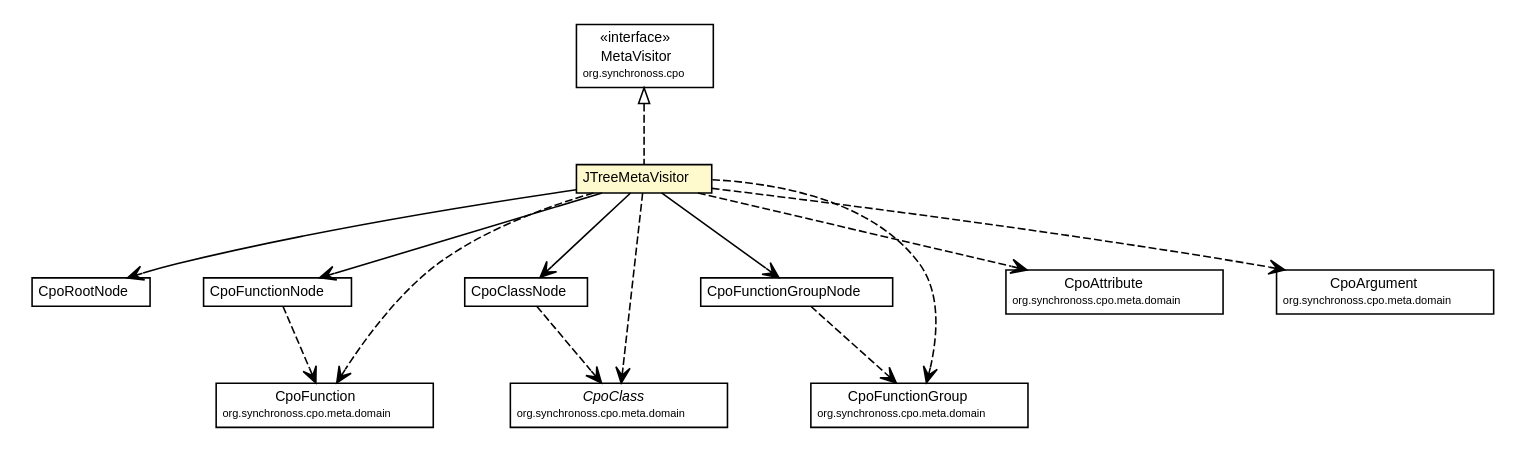
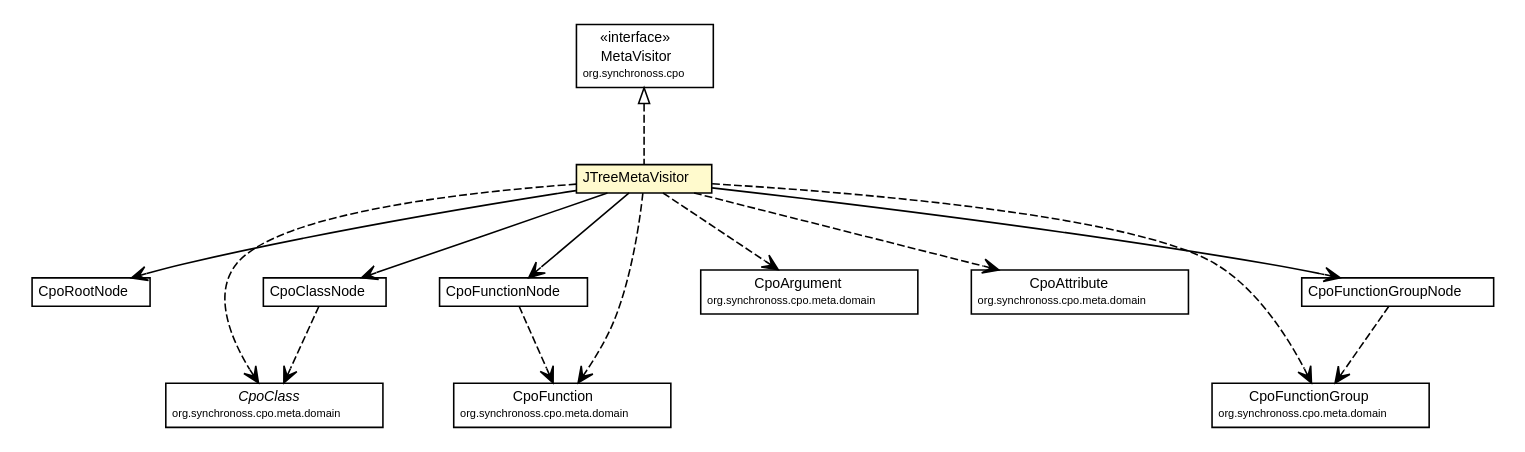
Before and after one commit to synchronoss/cpo-util: the diagram in site/apidocs/org/synchronoss/cpo/util/JTreeMetaVisitor.dot, drawn with Graphviz. The commit also changed 283 other files, not shown here.

Commit message:
Creating site for cpoUtil, 5.1.1-SNAPSHOT

```diff
--- a/site/apidocs/org/synchronoss/cpo/util/JTreeMetaVisitor.dot
+++ b/site/apidocs/org/synchronoss/cpo/util/JTreeMetaVisitor.dot
@@ -1,109 +1,109 @@
 #!/usr/local/bin/dot
 #
 # Class diagram 
 # Generated by UmlGraph version 4.6 (http://www.spinellis.gr/sw/umlgraph)
 #
 
 digraph G {
 	edge [fontname="Helvetica",fontsize=10,labelfontname="Helvetica",labelfontsize=10];
 	node [fontname="Helvetica",fontsize=10,shape=plaintext];
 	// org.synchronoss.cpo.util.JTreeMetaVisitor
 	c1707 [label=<<table border="0" cellborder="1" cellspacing="0" cellpadding="2" port="p" bgcolor="lemonChiffon" href="./JTreeMetaVisitor.html">
 		<tr><td><table border="0" cellspacing="0" cellpadding="1">
 			<tr><td> JTreeMetaVisitor </td></tr>
 		</table></td></tr>
 		</table>>, fontname="Helvetica", fontcolor="black", fontsize=9.0];
 	// org.synchronoss.cpo.util.CpoRootNode
 	c1715 [label=<<table border="0" cellborder="1" cellspacing="0" cellpadding="2" port="p" href="./CpoRootNode.html">
 		<tr><td><table border="0" cellspacing="0" cellpadding="1">
 			<tr><td> CpoRootNode </td></tr>
 		</table></td></tr>
 		</table>>, fontname="Helvetica", fontcolor="black", fontsize=9.0];
 	// org.synchronoss.cpo.util.CpoFunctionNode
 	c1721 [label=<<table border="0" cellborder="1" cellspacing="0" cellpadding="2" port="p" href="./CpoFunctionNode.html">
 		<tr><td><table border="0" cellspacing="0" cellpadding="1">
 			<tr><td> CpoFunctionNode </td></tr>
 		</table></td></tr>
 		</table>>, fontname="Helvetica", fontcolor="black", fontsize=9.0];
 	// org.synchronoss.cpo.util.CpoClassNode
 	c1723 [label=<<table border="0" cellborder="1" cellspacing="0" cellpadding="2" port="p" href="./CpoClassNode.html">
 		<tr><td><table border="0" cellspacing="0" cellpadding="1">
 			<tr><td> CpoClassNode </td></tr>
 		</table></td></tr>
 		</table>>, fontname="Helvetica", fontcolor="black", fontsize=9.0];
 	// org.synchronoss.cpo.util.CpoFunctionGroupNode
 	c1728 [label=<<table border="0" cellborder="1" cellspacing="0" cellpadding="2" port="p" href="./CpoFunctionGroupNode.html">
 		<tr><td><table border="0" cellspacing="0" cellpadding="1">
 			<tr><td> CpoFunctionGroupNode </td></tr>
 		</table></td></tr>
 		</table>>, fontname="Helvetica", fontcolor="black", fontsize=9.0];
 	//org.synchronoss.cpo.util.JTreeMetaVisitor implements org.synchronoss.cpo.MetaVisitor
 	c1764:p -> c1707:p [dir=back,arrowtail=empty,style=dashed];
 	// org.synchronoss.cpo.util.JTreeMetaVisitor NAVASSOC org.synchronoss.cpo.util.CpoRootNode
 	c1707:p -> c1715:p [taillabel="", label="", headlabel="", fontname="Helvetica", fontcolor="black", fontsize=10.0, color="black", arrowhead=open];
 	// org.synchronoss.cpo.util.JTreeMetaVisitor NAVASSOC org.synchronoss.cpo.util.CpoClassNode
 	c1707:p -> c1723:p [taillabel="", label="", headlabel="", fontname="Helvetica", fontcolor="black", fontsize=10.0, color="black", arrowhead=open];
 	// org.synchronoss.cpo.util.JTreeMetaVisitor NAVASSOC org.synchronoss.cpo.util.CpoFunctionGroupNode
 	c1707:p -> c1728:p [taillabel="", label="", headlabel="", fontname="Helvetica", fontcolor="black", fontsize=10.0, color="black", arrowhead=open];
 	// org.synchronoss.cpo.util.JTreeMetaVisitor NAVASSOC org.synchronoss.cpo.util.CpoFunctionNode
 	c1707:p -> c1721:p [taillabel="", label="", headlabel="", fontname="Helvetica", fontcolor="black", fontsize=10.0, color="black", arrowhead=open];
+	// org.synchronoss.cpo.util.JTreeMetaVisitor DEPEND org.synchronoss.cpo.meta.domain.CpoClass
+	c1707:p -> c1765:p [taillabel="", label="", headlabel="", fontname="Helvetica", fontcolor="black", fontsize=10.0, color="black", arrowhead=open, style=dashed];
+	// org.synchronoss.cpo.util.JTreeMetaVisitor DEPEND org.synchronoss.cpo.meta.domain.CpoArgument
+	c1707:p -> c1766:p [taillabel="", label="", headlabel="", fontname="Helvetica", fontcolor="black", fontsize=10.0, color="black", arrowhead=open, style=dashed];
+	// org.synchronoss.cpo.util.JTreeMetaVisitor DEPEND org.synchronoss.cpo.meta.domain.CpoAttribute
+	c1707:p -> c1767:p [taillabel="", label="", headlabel="", fontname="Helvetica", fontcolor="black", fontsize=10.0, color="black", arrowhead=open, style=dashed];
 	// org.synchronoss.cpo.util.JTreeMetaVisitor DEPEND org.synchronoss.cpo.meta.domain.CpoFunction
-	c1707:p -> c1765:p [taillabel="", label="", headlabel="", fontname="Helvetica", fontcolor="black", fontsize=10.0, color="black", arrowhead=open, style=dashed];
-	// org.synchronoss.cpo.util.JTreeMetaVisitor DEPEND org.synchronoss.cpo.meta.domain.CpoClass
-	c1707:p -> c1766:p [taillabel="", label="", headlabel="", fontname="Helvetica", fontcolor="black", fontsize=10.0, color="black", arrowhead=open, style=dashed];
+	c1707:p -> c1768:p [taillabel="", label="", headlabel="", fontname="Helvetica", fontcolor="black", fontsize=10.0, color="black", arrowhead=open, style=dashed];
 	// org.synchronoss.cpo.util.JTreeMetaVisitor DEPEND org.synchronoss.cpo.meta.domain.CpoFunctionGroup
-	c1707:p -> c1768:p [taillabel="", label="", headlabel="", fontname="Helvetica", fontcolor="black", fontsize=10.0, color="black", arrowhead=open, style=dashed];
-	// org.synchronoss.cpo.util.JTreeMetaVisitor DEPEND org.synchronoss.cpo.meta.domain.CpoAttribute
-	c1707:p -> c1769:p [taillabel="", label="", headlabel="", fontname="Helvetica", fontcolor="black", fontsize=10.0, color="black", arrowhead=open, style=dashed];
-	// org.synchronoss.cpo.util.JTreeMetaVisitor DEPEND org.synchronoss.cpo.meta.domain.CpoArgument
 	c1707:p -> c1770:p [taillabel="", label="", headlabel="", fontname="Helvetica", fontcolor="black", fontsize=10.0, color="black", arrowhead=open, style=dashed];
 	// org.synchronoss.cpo.util.CpoFunctionNode DEPEND org.synchronoss.cpo.meta.domain.CpoFunction
-	c1721:p -> c1765:p [taillabel="", label="", headlabel="", fontname="Helvetica", fontcolor="black", fontsize=10.0, color="black", arrowhead=open, style=dashed];
+	c1721:p -> c1768:p [taillabel="", label="", headlabel="", fontname="Helvetica", fontcolor="black", fontsize=10.0, color="black", arrowhead=open, style=dashed];
 	// org.synchronoss.cpo.util.CpoClassNode DEPEND org.synchronoss.cpo.meta.domain.CpoClass
-	c1723:p -> c1766:p [taillabel="", label="", headlabel="", fontname="Helvetica", fontcolor="black", fontsize=10.0, color="black", arrowhead=open, style=dashed];
+	c1723:p -> c1765:p [taillabel="", label="", headlabel="", fontname="Helvetica", fontcolor="black", fontsize=10.0, color="black", arrowhead=open, style=dashed];
 	// org.synchronoss.cpo.util.CpoFunctionGroupNode DEPEND org.synchronoss.cpo.meta.domain.CpoFunctionGroup
-	c1728:p -> c1768:p [taillabel="", label="", headlabel="", fontname="Helvetica", fontcolor="black", fontsize=10.0, color="black", arrowhead=open, style=dashed];
+	c1728:p -> c1770:p [taillabel="", label="", headlabel="", fontname="Helvetica", fontcolor="black", fontsize=10.0, color="black", arrowhead=open, style=dashed];
 	// org.synchronoss.cpo.meta.domain.CpoClass
-	c1766 [label=<<table border="0" cellborder="1" cellspacing="0" cellpadding="2" port="p" href="http://java.sun.com/j2se/1.4.2/docs/api/org/synchronoss/cpo/meta/domain/CpoClass.html">
+	c1765 [label=<<table border="0" cellborder="1" cellspacing="0" cellpadding="2" port="p" href="http://java.sun.com/j2se/1.4.2/docs/api/org/synchronoss/cpo/meta/domain/CpoClass.html">
 		<tr><td><table border="0" cellspacing="0" cellpadding="1">
 			<tr><td><font face="Helvetica-Oblique"> CpoClass </font></td></tr>
 			<tr><td><font point-size="7.0"> org.synchronoss.cpo.meta.domain </font></td></tr>
 		</table></td></tr>
 		</table>>, fontname="Helvetica", fontcolor="black", fontsize=9.0];
 	// org.synchronoss.cpo.meta.domain.CpoArgument
-	c1770 [label=<<table border="0" cellborder="1" cellspacing="0" cellpadding="2" port="p" href="http://java.sun.com/j2se/1.4.2/docs/api/org/synchronoss/cpo/meta/domain/CpoArgument.html">
+	c1766 [label=<<table border="0" cellborder="1" cellspacing="0" cellpadding="2" port="p" href="http://java.sun.com/j2se/1.4.2/docs/api/org/synchronoss/cpo/meta/domain/CpoArgument.html">
 		<tr><td><table border="0" cellspacing="0" cellpadding="1">
 			<tr><td> CpoArgument </td></tr>
 			<tr><td><font point-size="7.0"> org.synchronoss.cpo.meta.domain </font></td></tr>
 		</table></td></tr>
 		</table>>, fontname="Helvetica", fontcolor="black", fontsize=9.0];
 	// org.synchronoss.cpo.meta.domain.CpoAttribute
-	c1769 [label=<<table border="0" cellborder="1" cellspacing="0" cellpadding="2" port="p" href="http://java.sun.com/j2se/1.4.2/docs/api/org/synchronoss/cpo/meta/domain/CpoAttribute.html">
+	c1767 [label=<<table border="0" cellborder="1" cellspacing="0" cellpadding="2" port="p" href="http://java.sun.com/j2se/1.4.2/docs/api/org/synchronoss/cpo/meta/domain/CpoAttribute.html">
 		<tr><td><table border="0" cellspacing="0" cellpadding="1">
 			<tr><td> CpoAttribute </td></tr>
 			<tr><td><font point-size="7.0"> org.synchronoss.cpo.meta.domain </font></td></tr>
 		</table></td></tr>
 		</table>>, fontname="Helvetica", fontcolor="black", fontsize=9.0];
 	// org.synchronoss.cpo.meta.domain.CpoFunction
-	c1765 [label=<<table border="0" cellborder="1" cellspacing="0" cellpadding="2" port="p" href="http://java.sun.com/j2se/1.4.2/docs/api/org/synchronoss/cpo/meta/domain/CpoFunction.html">
+	c1768 [label=<<table border="0" cellborder="1" cellspacing="0" cellpadding="2" port="p" href="http://java.sun.com/j2se/1.4.2/docs/api/org/synchronoss/cpo/meta/domain/CpoFunction.html">
 		<tr><td><table border="0" cellspacing="0" cellpadding="1">
 			<tr><td> CpoFunction </td></tr>
 			<tr><td><font point-size="7.0"> org.synchronoss.cpo.meta.domain </font></td></tr>
 		</table></td></tr>
 		</table>>, fontname="Helvetica", fontcolor="black", fontsize=9.0];
 	// org.synchronoss.cpo.meta.domain.CpoFunctionGroup
-	c1768 [label=<<table border="0" cellborder="1" cellspacing="0" cellpadding="2" port="p" href="http://java.sun.com/j2se/1.4.2/docs/api/org/synchronoss/cpo/meta/domain/CpoFunctionGroup.html">
+	c1770 [label=<<table border="0" cellborder="1" cellspacing="0" cellpadding="2" port="p" href="http://java.sun.com/j2se/1.4.2/docs/api/org/synchronoss/cpo/meta/domain/CpoFunctionGroup.html">
 		<tr><td><table border="0" cellspacing="0" cellpadding="1">
 			<tr><td> CpoFunctionGroup </td></tr>
 			<tr><td><font point-size="7.0"> org.synchronoss.cpo.meta.domain </font></td></tr>
 		</table></td></tr>
 		</table>>, fontname="Helvetica", fontcolor="black", fontsize=9.0];
 	// org.synchronoss.cpo.MetaVisitor
 	c1764 [label=<<table border="0" cellborder="1" cellspacing="0" cellpadding="2" port="p" href="http://java.sun.com/j2se/1.4.2/docs/api/org/synchronoss/cpo/MetaVisitor.html">
 		<tr><td><table border="0" cellspacing="0" cellpadding="1">
 			<tr><td> &laquo;interface&raquo; </td></tr>
 			<tr><td> MetaVisitor </td></tr>
 			<tr><td><font point-size="7.0"> org.synchronoss.cpo </font></td></tr>
 		</table></td></tr>
 		</table>>, fontname="Helvetica", fontcolor="black", fontsize=9.0];
 }
```
